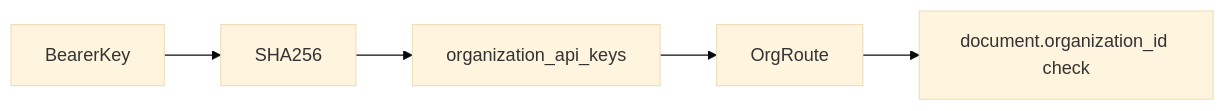
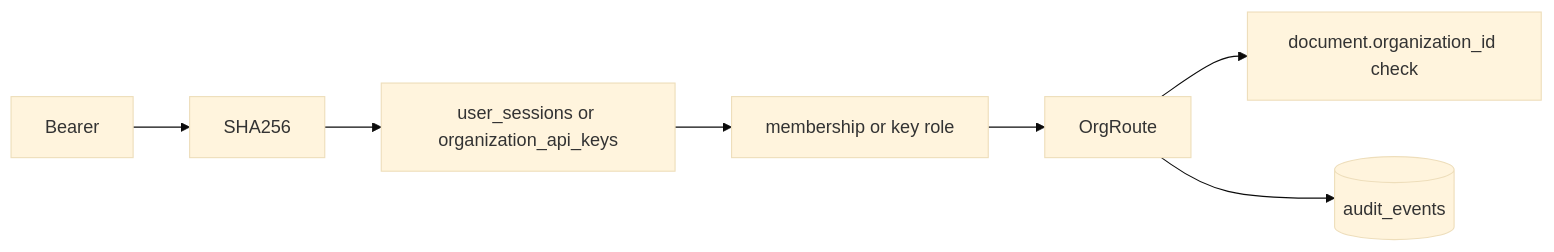
The fourth of 4 diagrams in docs/PROJECT_STATUS_SEPT_2026.md (Kartikye2810-git/sentineth-product-codebase), drawn with Mermaid (base theme) before and after one commit. The commit also changed other lines of this file and 48 other files, not shown here.

````diff
--- a/docs/PROJECT_STATUS_SEPT_2026.md
+++ b/docs/PROJECT_STATUS_SEPT_2026.md
@@ -81,5 +98,7 @@
 ```mermaid
 flowchart LR
- BearerKey --> SHA256 --> KeyRow[organization_api_keys] --> OrgRoute
+ Bearer --> SHA256 --> Credential[user_sessions or organization_api_keys]
+ Credential --> Role[membership or key role] --> OrgRoute
  OrgRoute --> Ownership[document.organization_id check]
+ OrgRoute --> Audit[(audit_events)]
 ```
````
